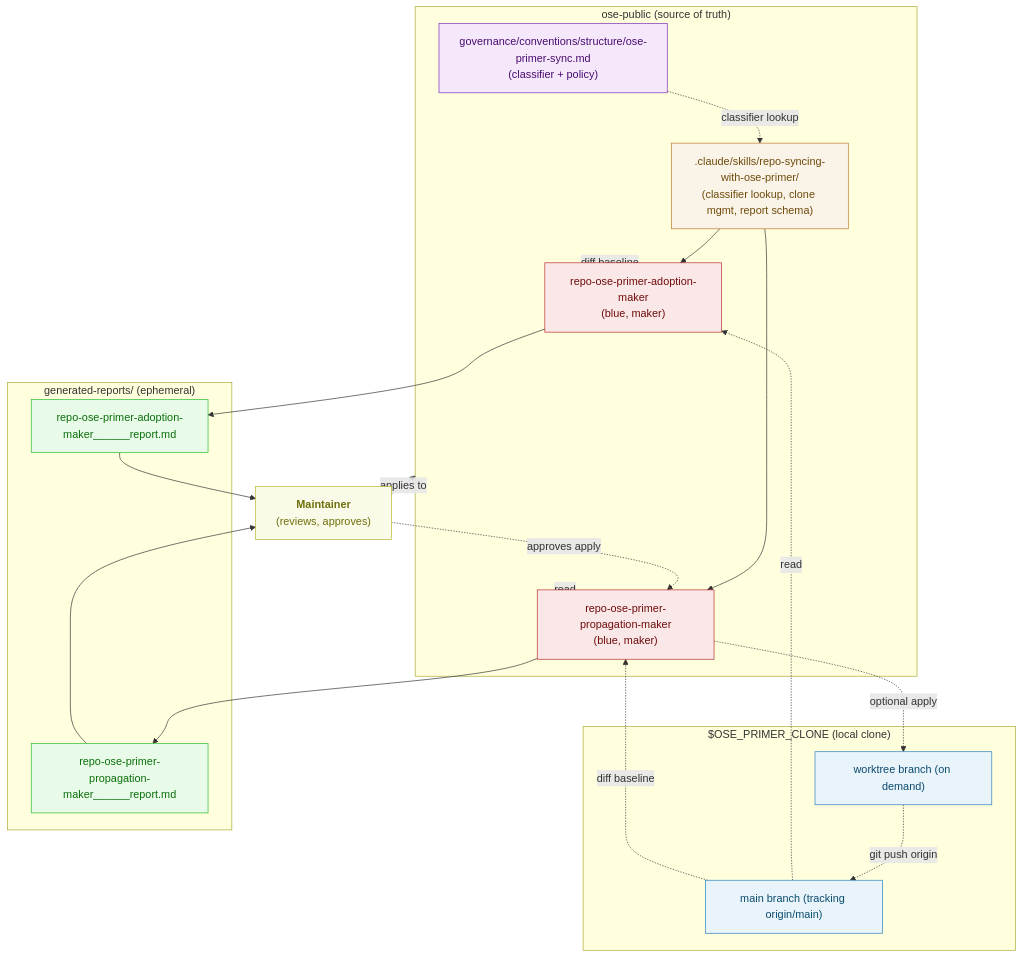
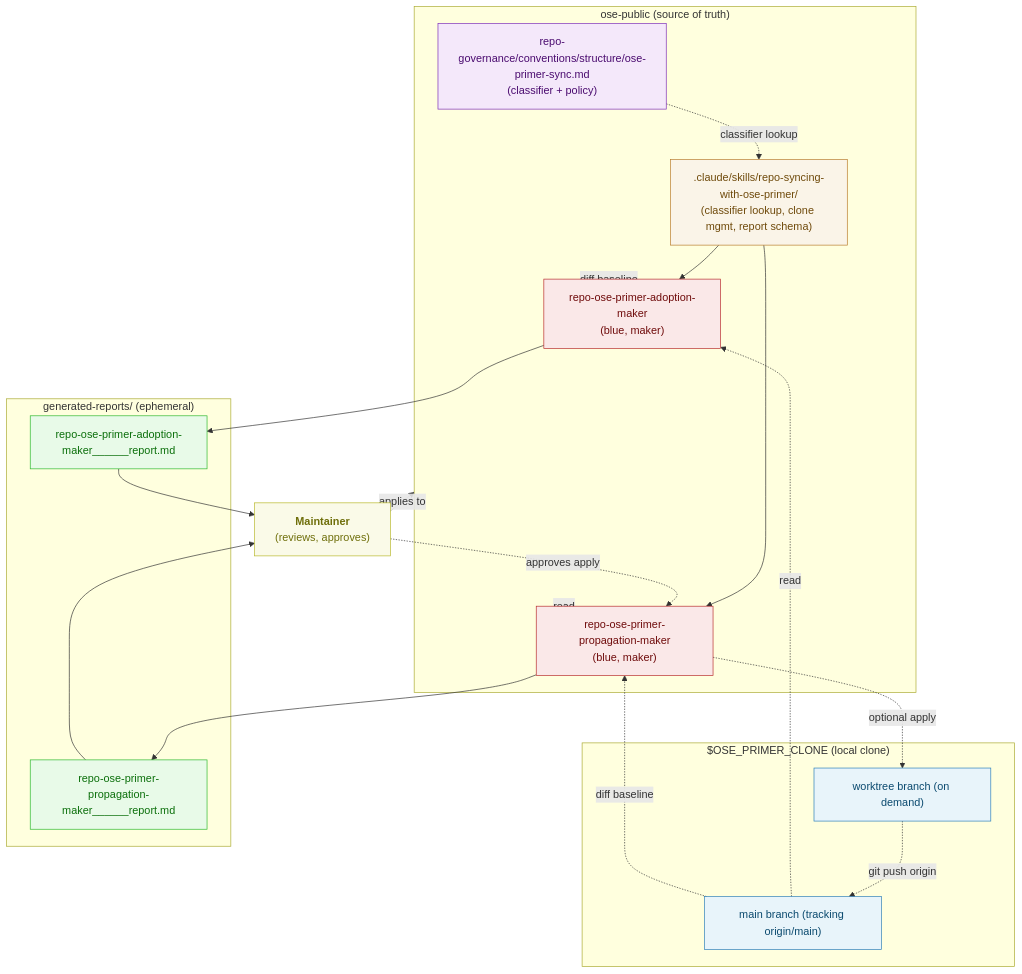
One commit to wahidyankf/open-sharia-enterprise changed the first of 2 diagrams in plans/done/2026-04-25__ose-primer-separation/tech-docs.md. Above: the diagram before and after it, drawn with Mermaid. The commit also changed other lines of this file and 842 other files, not shown here.

First line of the commit message:
refactor(governance): rename governance/ to repo-governance/

````diff
--- a/plans/done/2026-04-25__ose-primer-separation/tech-docs.md
+++ b/plans/done/2026-04-25__ose-primer-separation/tech-docs.md
@@ -5,51 +5,51 @@
 ```mermaid
 flowchart TD
     classDef repo fill:#E8F4FA,stroke:#2C7FB8,color:#0B4A6F
     classDef conv fill:#F4E8FA,stroke:#7B2CB8,color:#4A0B6F
     classDef skill fill:#FAF4E8,stroke:#B87B2C,color:#6F4A0B
     classDef agent fill:#FAE8E8,stroke:#B82C2C,color:#6F0B0B
     classDef report fill:#E8FAE8,stroke:#2CB82C,color:#0B6F0B
     classDef human fill:#FAFAE8,stroke:#B8B82C,color:#6F6F0B
 
     subgraph ose_public ["ose-public (source of truth)"]
-        conv_doc["`governance/conventions/structure/ose-primer-sync.md
+        conv_doc["`repo-governance/conventions/structure/ose-primer-sync.md
         (classifier + policy)`"]:::conv
         shared_skill["`.claude/skills/repo-syncing-with-ose-primer/
         (classifier lookup, clone mgmt, report schema)`"]:::skill
         adoption_agent["`repo-ose-primer-adoption-maker
         (blue, maker)`"]:::agent
         propagation_agent["`repo-ose-primer-propagation-maker
         (blue, maker)`"]:::agent
     end
 
     subgraph primer_clone ["$OSE_PRIMER_CLONE (local clone)"]
         primer_main["main branch (tracking origin/main)"]:::repo
         primer_branch["worktree branch (on demand)"]:::repo
     end
 
     subgraph reports ["generated-reports/ (ephemeral)"]
         adoption_report["`repo-ose-primer-adoption-maker__<uuid>__<ts>__report.md`"]:::report
         propagation_report["`repo-ose-primer-propagation-maker__<uuid>__<ts>__report.md`"]:::report
     end
 
     maintainer["`**Maintainer**
     (reviews, approves)`"]:::human
 
     conv_doc -. classifier lookup .-> shared_skill
     shared_skill --> adoption_agent
     shared_skill --> propagation_agent
 
     primer_main -. read .-> adoption_agent
     ose_public -. diff baseline .-> adoption_agent
     adoption_agent --> adoption_report
     adoption_report --> maintainer
     maintainer -. applies to .-> ose_public
 
     ose_public -. read .-> propagation_agent
     primer_main -. diff baseline .-> propagation_agent
     propagation_agent --> propagation_report
     propagation_report --> maintainer
     maintainer -. approves apply .-> propagation_agent
     propagation_agent -. optional apply .-> primer_branch
     primer_branch -. git push origin .-> primer_main
 ```
````
